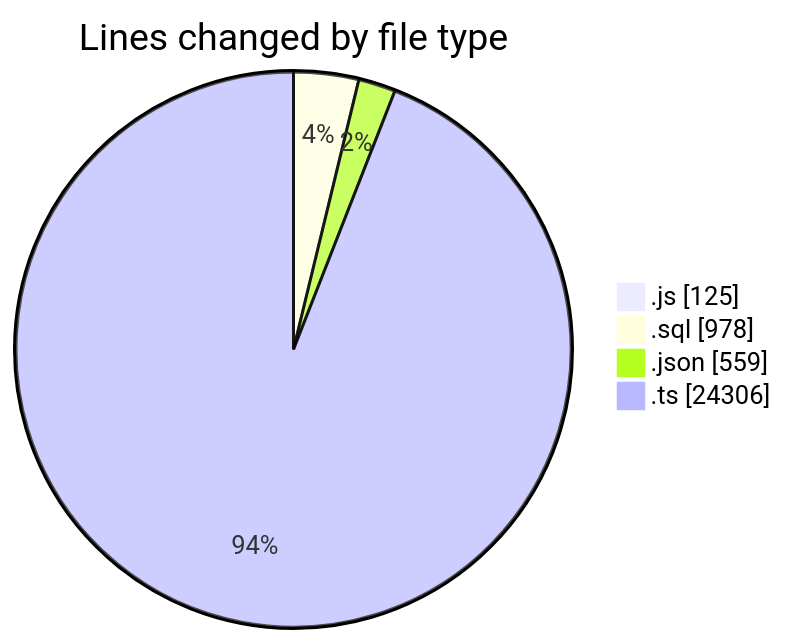
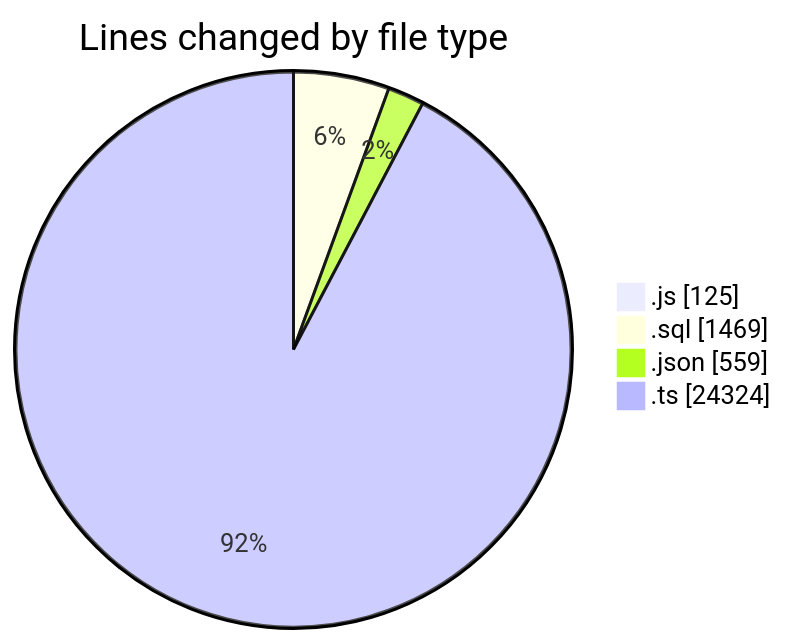
Before and after one commit to momahboobian/code-tracking: the first of 2 diagrams in 2026-05-20/cda/README.md, drawn with Mermaid. The commit also changed other lines of this file and 1 other file, not shown here.

````diff
--- a/2026-05-20/cda/README.md
+++ b/2026-05-20/cda/README.md
@@ -34,8 +34,8 @@
 ```mermaid
 pie showData
 title Lines changed by file type
 ".js" : 125
-".sql" : 978
+".sql" : 1469
 ".json" : 559
-".ts" : 24306
+".ts" : 24324
 ```
````
